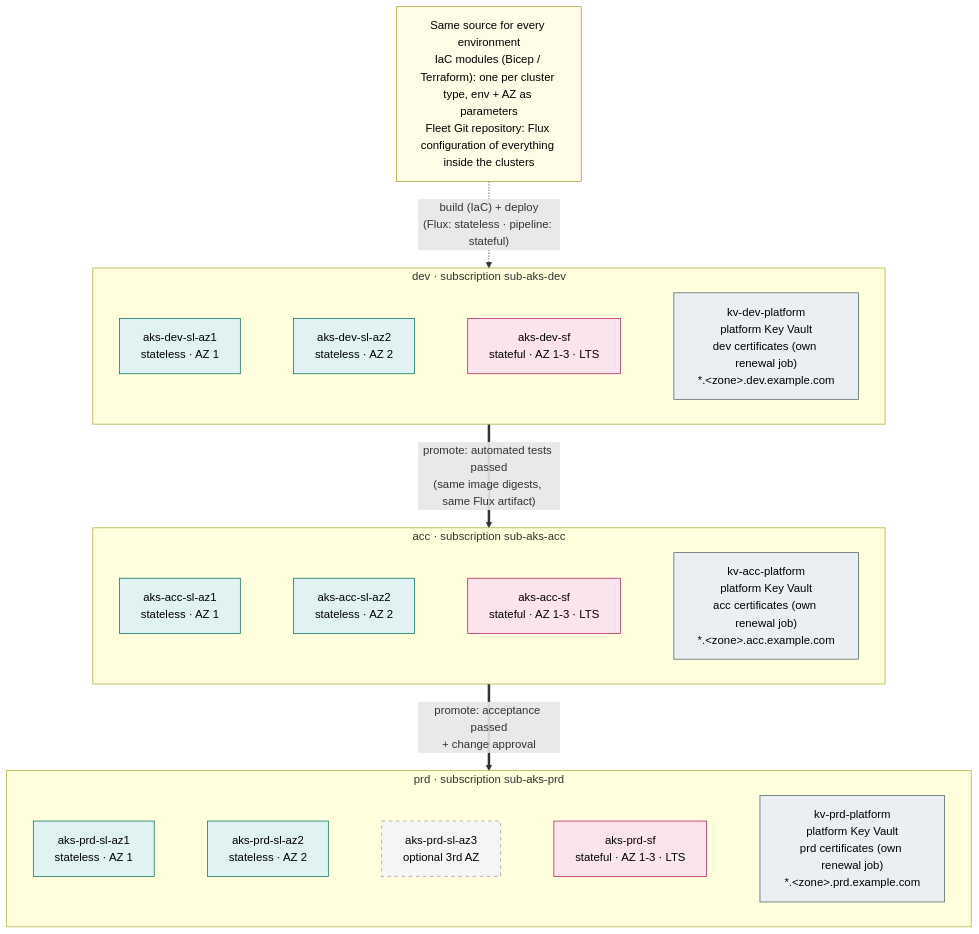
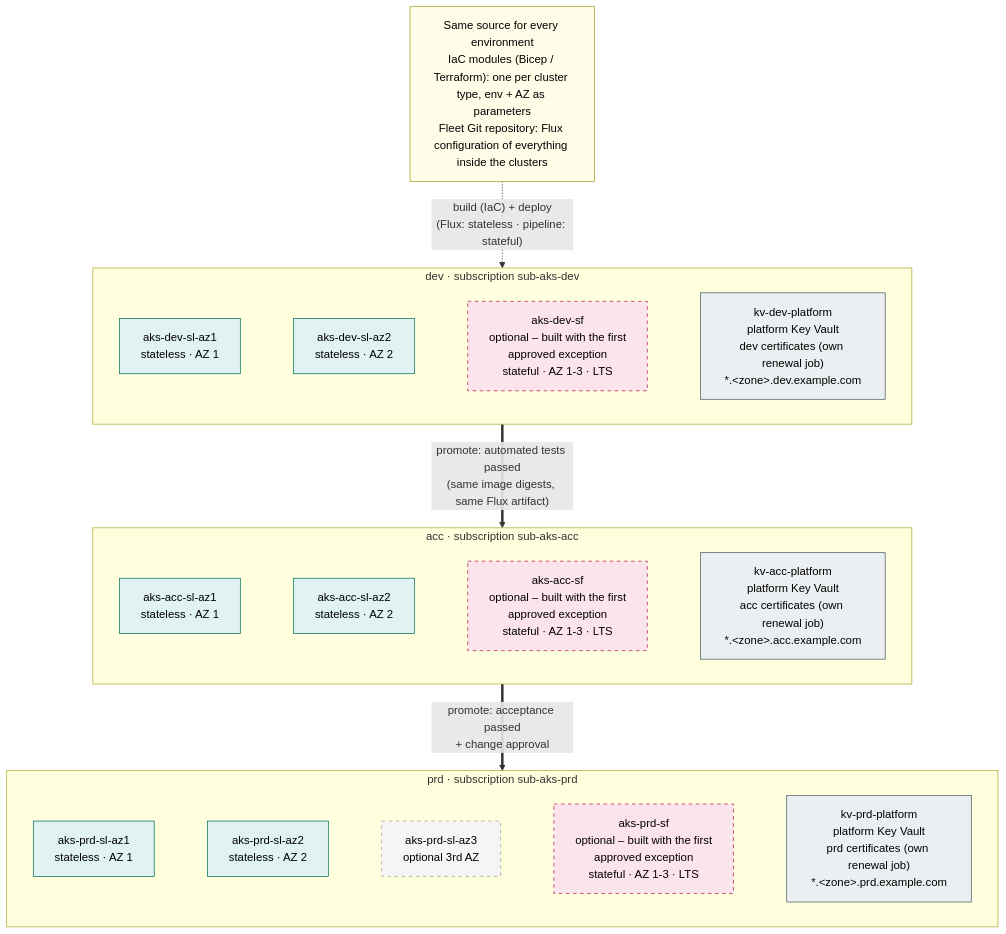
One commit to olljanat-ai/aks-design changed the diagram in diagrams/09-environments.mmd. Above: the diagram before and after it, drawn with Mermaid. The commit also changed 10 other files, not shown here.

First line of the commit message:
Describe ingress traffic and make the stateful cluster optional

```diff
--- a/diagrams/09-environments.mmd
+++ b/diagrams/09-environments.mmd
@@ -1,43 +1,43 @@
-%% Nine clusters: three environments x (two zonal stateless clusters + one stateful cluster),
+%% Six to nine clusters: three environments x (two zonal stateless clusters + an optional stateful cluster),
 %% plus one platform Key Vault per environment that holds that environment's certificates.
 %% Every environment is built from the same IaC modules and the same Flux configuration, only parameters differ.
 flowchart TB
     src["Same source for every environment<br/>IaC modules (Bicep / Terraform): one per cluster type, env + AZ as parameters<br/>Fleet Git repository: Flux configuration of everything inside the clusters"]
 
     subgraph DEV["dev · subscription sub-aks-dev"]
         d1["aks-dev-sl-az1<br/>stateless · AZ 1"]
         d2["aks-dev-sl-az2<br/>stateless · AZ 2"]
-        d3["aks-dev-sf<br/>stateful · AZ 1-3 · LTS"]
+        d3["aks-dev-sf<br/>optional – built with the first<br/>approved exception<br/>stateful · AZ 1-3 · LTS"]
         kd["kv-dev-platform<br/>platform Key Vault<br/>dev certificates (own renewal job)<br/>*.&lt;zone&gt;.dev.example.com"]
         d1 ~~~ d2 ~~~ d3 ~~~ kd
     end
     subgraph ACC["acc · subscription sub-aks-acc"]
         a1["aks-acc-sl-az1<br/>stateless · AZ 1"]
         a2["aks-acc-sl-az2<br/>stateless · AZ 2"]
-        a3["aks-acc-sf<br/>stateful · AZ 1-3 · LTS"]
+        a3["aks-acc-sf<br/>optional – built with the first<br/>approved exception<br/>stateful · AZ 1-3 · LTS"]
         ka["kv-acc-platform<br/>platform Key Vault<br/>acc certificates (own renewal job)<br/>*.&lt;zone&gt;.acc.example.com"]
         a1 ~~~ a2 ~~~ a3 ~~~ ka
     end
     subgraph PRD["prd · subscription sub-aks-prd"]
         p1["aks-prd-sl-az1<br/>stateless · AZ 1"]
         p2["aks-prd-sl-az2<br/>stateless · AZ 2"]
         p4["aks-prd-sl-az3<br/>optional 3rd AZ"]
-        p3["aks-prd-sf<br/>stateful · AZ 1-3 · LTS"]
+        p3["aks-prd-sf<br/>optional – built with the first<br/>approved exception<br/>stateful · AZ 1-3 · LTS"]
         kp["kv-prd-platform<br/>platform Key Vault<br/>prd certificates (own renewal job)<br/>*.&lt;zone&gt;.prd.example.com"]
         p1 ~~~ p2 ~~~ p4 ~~~ p3 ~~~ kp
     end
 
     src -.->|"build (IaC) + deploy<br/>(Flux: stateless · pipeline: stateful)"| DEV
     DEV ==>|"promote: automated tests passed<br/>(same image digests, same Flux artifact)"| ACC
     ACC ==>|"promote: acceptance passed<br/>+ change approval"| PRD
 
     classDef sl fill:#e0f2f1,stroke:#00695c,color:#000
-    classDef sf fill:#fce4ec,stroke:#ad1457,color:#000
+    classDef sf fill:#fce4ec,stroke:#ad1457,color:#000,stroke-dasharray: 5 5
     classDef opt fill:#f5f5f5,stroke:#9e9e9e,color:#000,stroke-dasharray: 5 5
     classDef paas fill:#eceff1,stroke:#455a64,color:#000
     classDef note fill:#fffde7,stroke:#9e9d24,color:#000
     class d1,d2,a1,a2,p1,p2 sl
     class d3,a3,p3 sf
     class p4 opt
     class kd,ka,kp paas
     class src note
```
